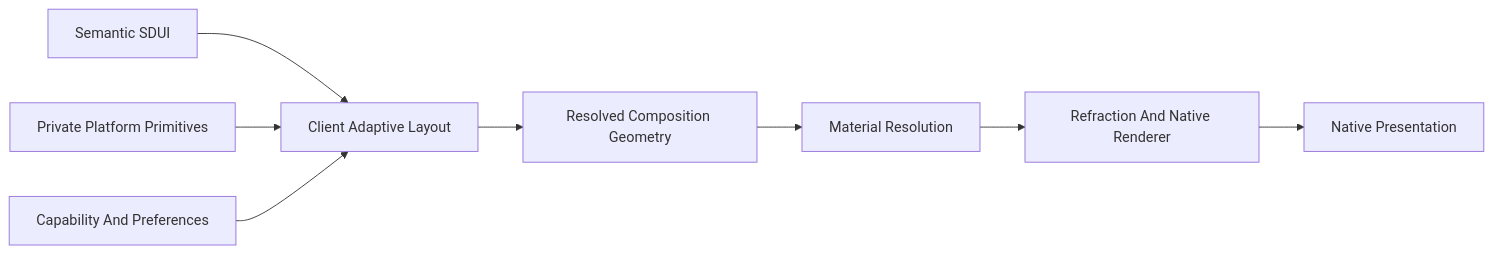
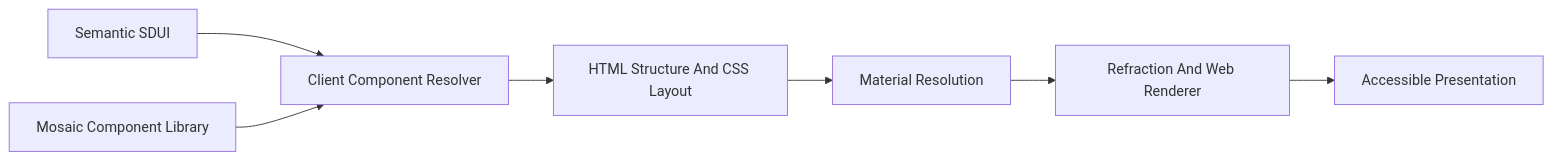
Before and after one commit to mosaic-media/mosaic-architecture: the sixth of 18 diagrams in docs/design/system/mds-008-component-library/06-rendering-architecture.md, drawn with Mermaid. The commit also changed other lines of this file and 168 other files, not shown here.

Commit message:
docs: introduce roadmap and deferred proposal structure

````diff
--- a/docs/design/system/mds-008-component-library/06-rendering-architecture.md
+++ b/docs/design/system/mds-008-component-library/06-rendering-architecture.md
@@ -296,11 +349,10 @@
 ```mermaid
 flowchart LR
 
-S["Semantic SDUI"] --> A["Client Adaptive Layout"]
-P["Private Platform Primitives"] --> A
-C["Capability And Preferences"] --> A
-A --> G["Resolved Composition Geometry"]
-G --> M["Material Resolution"]
-M --> R["Refraction And Native Renderer"]
-R --> N["Native Presentation"]
+S["Semantic SDUI"] --> C["Client Component Resolver"]
+L["Mosaic Component Library"] --> C
+C --> H["HTML Structure And CSS Layout"]
+H --> M["Material Resolution"]
+M --> R["Refraction And Web Renderer"]
+R --> N["Accessible Presentation"]
 ```
````
